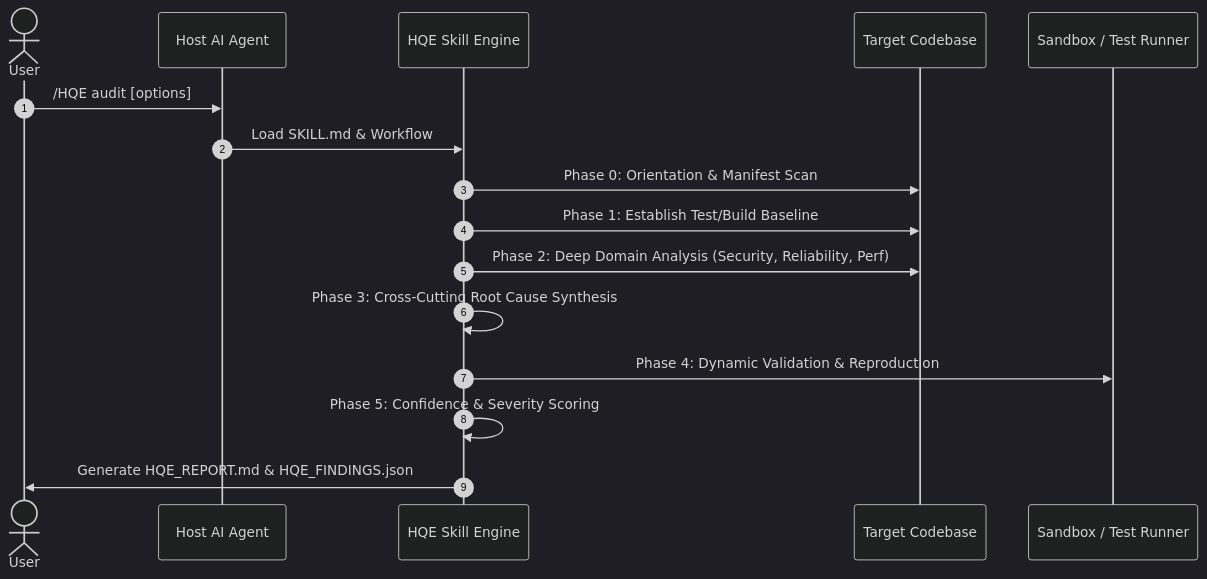
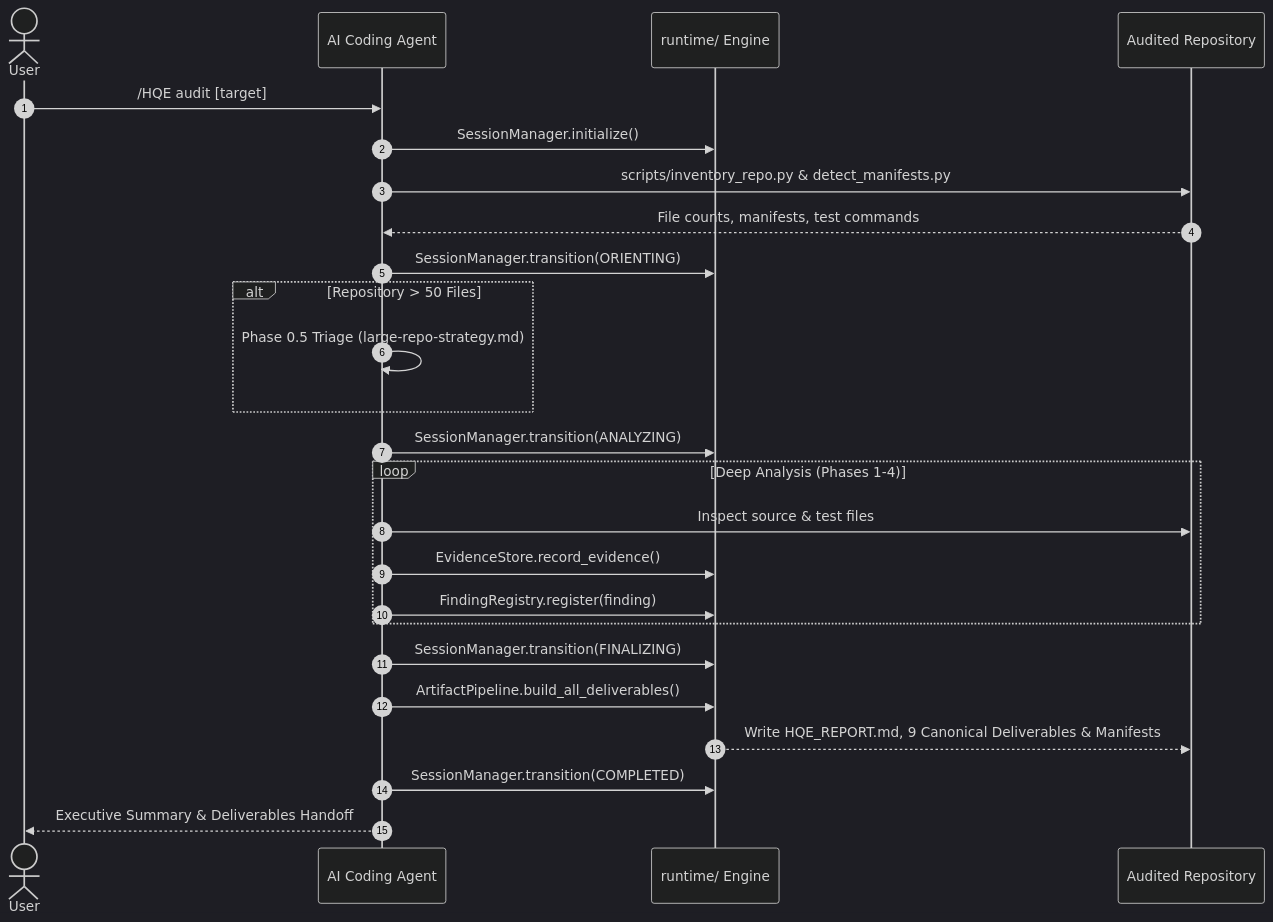
One commit to spearchucker667/Skill-HQE changed the diagram in docs/ARCHITECTURE.md. Above: the diagram before and after it, drawn with Mermaid (dark theme). The commit also changed other lines of this file and 71 other files, not shown here.

Commit message:
feat(hygiene): modernize repository structure, establish 3-tier boundary, and harden release packaging

````diff
--- a/docs/ARCHITECTURE.md
+++ b/docs/ARCHITECTURE.md
@@ -97,19 +234,31 @@
 ```mermaid
 sequenceDiagram
     autonumber
     actor User
-    participant Agent as Host AI Agent
-    participant HQE as HQE Skill Engine
-    participant Repo as Target Codebase
-    participant Verifier as Sandbox / Test Runner
+    participant Agent as AI Coding Agent
+    participant Runtime as runtime/ Engine
+    participant Repo as Audited Repository
 
-    User->>Agent: /HQE audit [options]
-    Agent->>HQE: Load SKILL.md & Workflow
-    HQE->>Repo: Phase 0: Orientation & Manifest Scan
-    HQE->>Repo: Phase 1: Establish Test/Build Baseline
-    HQE->>Repo: Phase 2: Deep Domain Analysis (Security, Reliability, Perf)
-    HQE->>HQE: Phase 3: Cross-Cutting Root Cause Synthesis
-    HQE->>Verifier: Phase 4: Dynamic Validation & Reproduction
-    HQE->>HQE: Phase 5: Confidence & Severity Scoring
-    HQE->>User: Generate HQE_REPORT.md & HQE_FINDINGS.json
+    User->>Agent: /HQE audit [target]
+    Agent->>Runtime: SessionManager.initialize()
+    Agent->>Repo: scripts/inventory_repo.py & detect_manifests.py
+    Repo-->>Agent: File counts, manifests, test commands
+    Agent->>Runtime: SessionManager.transition(ORIENTING)
+    
+    alt Repository > 50 Files
+        Agent->>Agent: Phase 0.5 Triage (large-repo-strategy.md)
+    end
+
+    Agent->>Runtime: SessionManager.transition(ANALYZING)
+    loop Deep Analysis (Phases 1-4)
+        Agent->>Repo: Inspect source & test files
+        Agent->>Runtime: EvidenceStore.record_evidence()
+        Agent->>Runtime: FindingRegistry.register(finding)
+    end
+
+    Agent->>Runtime: SessionManager.transition(FINALIZING)
+    Agent->>Runtime: ArtifactPipeline.build_all_deliverables()
+    Runtime-->>Repo: Write HQE_REPORT.md, 9 Canonical Deliverables & Manifests
+    Agent->>Runtime: SessionManager.transition(COMPLETED)
+    Agent-->>User: Executive Summary & Deliverables Handoff
 ```
````
